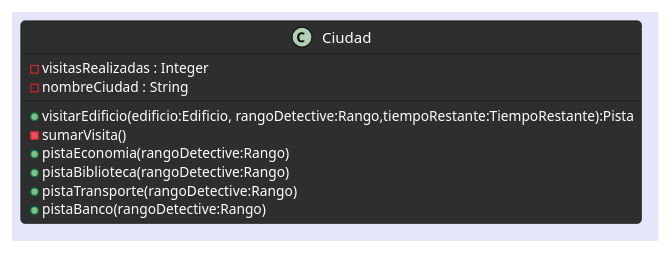
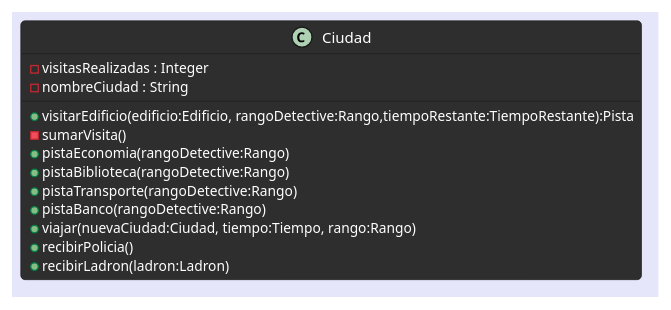
One commit to avilagaston9/algo3_tp2 changed the diagram in docs/Diagramas/Clase/Ciudad.plantuml. Above: the diagram before and after it, drawn with PlantUML. The commit also changed 1 other file, not shown here.

```diff
--- a/docs/Diagramas/Clase/Ciudad.plantuml
+++ b/docs/Diagramas/Clase/Ciudad.plantuml
@@ -1,26 +1,29 @@
 @startuml
 
 !theme reddress-darkblue
 skinparam BackgroundColor lavender
 skinparam ArrowColor black
 skinparam ArrowThickness 1.0
 skinparam RoundCorner 7
 skinparam ClassAttributeFontColor FFFFFF
 skinparam ClassFontSize 12
 skinparam ArrowFontColor black
 
 Class Ciudad{
 
     - visitasRealizadas : Integer
     - nombreCiudad : String
     
     + visitarEdificio(edificio:Edificio, rangoDetective:Rango,tiempoRestante:TiempoRestante):Pista
     - sumarVisita()
     + pistaEconomia(rangoDetective:Rango)
     + pistaBiblioteca(rangoDetective:Rango)
     + pistaTransporte(rangoDetective:Rango)
     + pistaBanco(rangoDetective:Rango)
+    + viajar(nuevaCiudad:Ciudad, tiempo:Tiempo, rango:Rango)
+    + recibirPolicia()
+    + recibirLadron(ladron:Ladron)
 
 }
 
 @enduml
```
